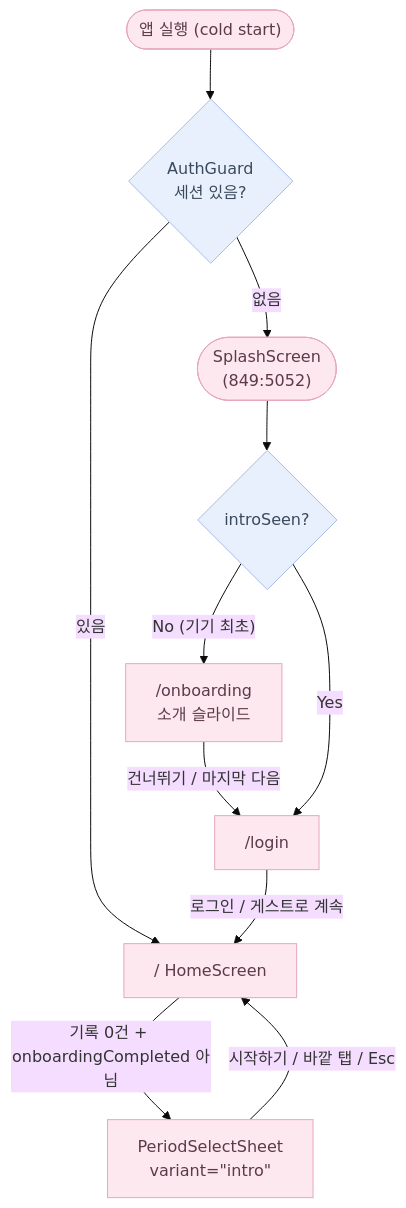
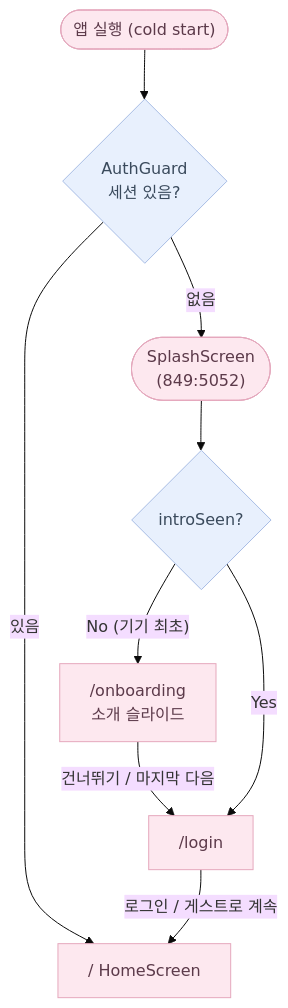
One commit to soojjung/dwee-wellness-tracker changed the first of 2 diagrams in docs/flows/onboarding.md. Above: the diagram before and after it, drawn with Mermaid (base theme). The commit also changed other lines of this file and 54 other files, not shown here.

First line of the commit message:
fix(ios): TestFlight round 7 — sheet safe area, period picker & save errors, tab nav recovery, build 8 (#81)

````diff
--- a/docs/flows/onboarding.md
+++ b/docs/flows/onboarding.md
@@ -15,25 +15,22 @@
 ```mermaid
 flowchart TD
     Launch(["앱 실행 (cold start)"])
     Guard{"AuthGuard\n세션 있음?"}
     Splash(["SplashScreen\n(849:5052)"])
     IntroSeen{"introSeen?"}
     Onboarding["/onboarding\n소개 슬라이드"]
     Login["/login"]
     Home["/  HomeScreen"]
-    IntroSheet["PeriodSelectSheet\nvariant=#quot;intro#quot;"]
 
     Launch --> Guard
     Guard -->|"있음"| Home
     Guard -->|"없음"| Splash --> IntroSeen
     IntroSeen -->|"No (기기 최초)"| Onboarding -->|"건너뛰기 / 마지막 다음"| Login
     IntroSeen -->|"Yes"| Login
     Login -->|"로그인 / 게스트로 계속"| Home
-    Home -->|"기록 0건 + onboardingCompleted 아님"| IntroSheet
-    IntroSheet -->|"시작하기 / 바깥 탭 / Esc"| Home
 
     classDef ui fill:#FDE8EF,stroke:#E5A8BD,color:#5C3A4A;
     classDef logic fill:#E8F0FD,stroke:#A8BDE5,color:#3A4A5C;
-    class Launch,Splash,Onboarding,Login,Home,IntroSheet ui;
+    class Launch,Splash,Onboarding,Login,Home ui;
     class Guard,IntroSeen logic;
 ```
````
